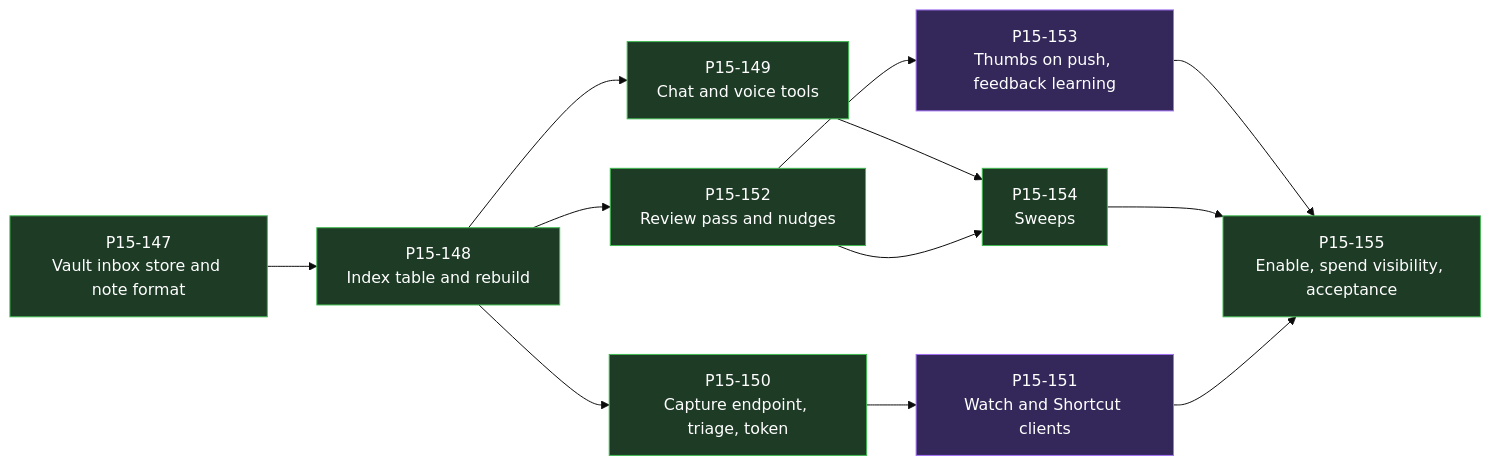
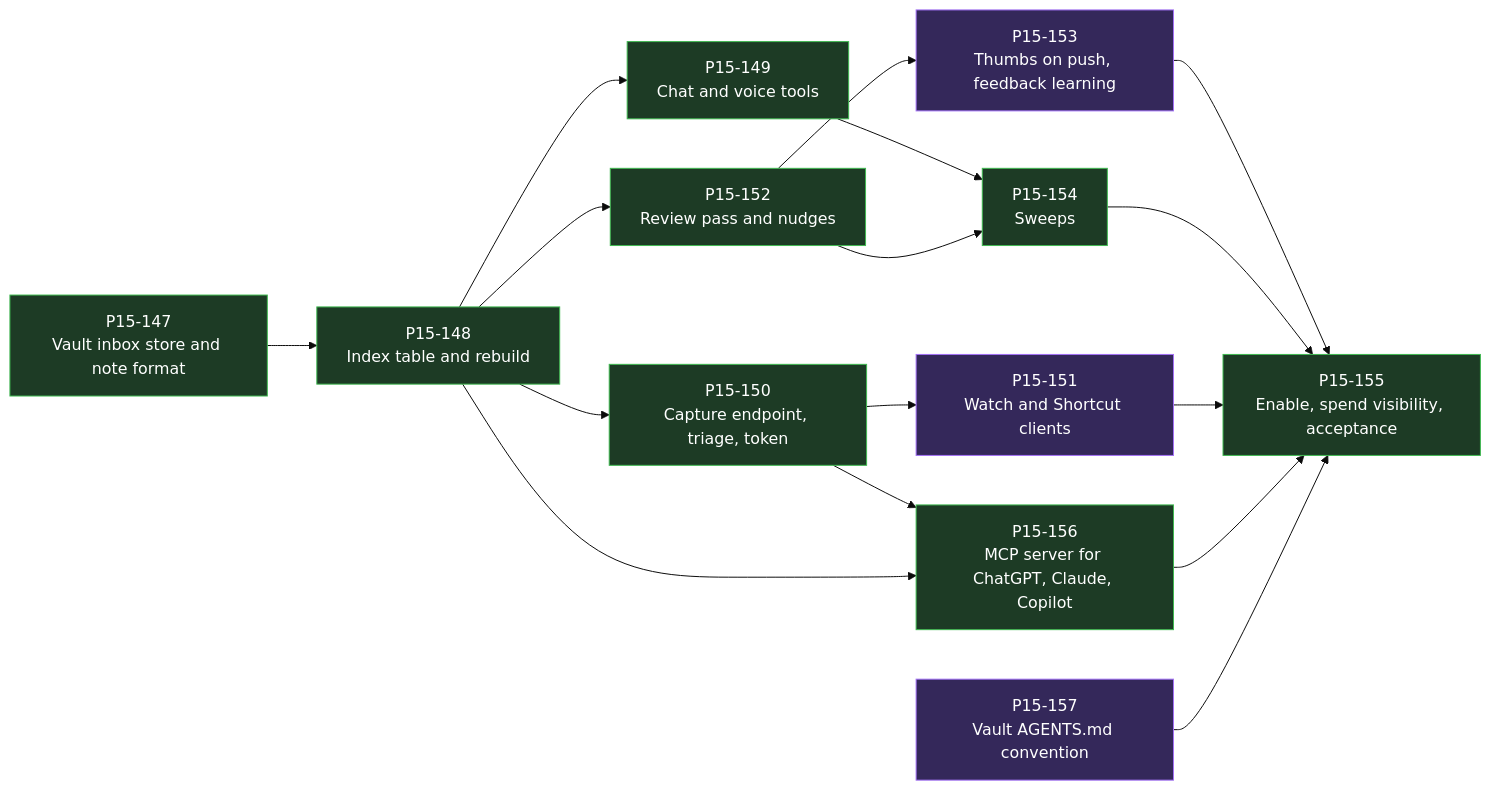
The sixth of 6 diagrams in docs/inbox-loop/design.md (DanAakesen/jarvis), drawn with Mermaid (base theme) before and after one commit. The commit also changed other lines of this file and 2 other files, not shown here.

````diff
--- a/docs/inbox-loop/design.md
+++ b/docs/inbox-loop/design.md
@@ -265,16 +362,20 @@
 ```mermaid
 flowchart LR
   P147[P15-147<br/>Vault inbox store and note format]:::be --> P148[P15-148<br/>Index table and rebuild]:::be
   P148 --> P149[P15-149<br/>Chat and voice tools]:::be
   P148 --> P150[P15-150<br/>Capture endpoint, triage, token]:::be
   P150 --> P151[P15-151<br/>Watch and Shortcut clients]:::ui
   P148 --> P152[P15-152<br/>Review pass and nudges]:::be
   P152 --> P153[P15-153<br/>Thumbs on push, feedback learning]:::ui
   P149 --> P154[P15-154<br/>Sweeps]:::be
   P152 --> P154
   P153 --> P155[P15-155<br/>Enable, spend visibility, acceptance]:::be
   P154 --> P155
   P151 --> P155
+  P150 --> P156[P15-156<br/>MCP server for ChatGPT, Claude, Copilot]:::be
+  P148 --> P156
+  P156 --> P155
+  P157[P15-157<br/>Vault AGENTS.md convention]:::ui --> P155
   classDef be fill:#1d3b25,stroke:#3fb950,color:#fff
   classDef ui fill:#34285a,stroke:#a371f7,color:#fff
 ```
````
